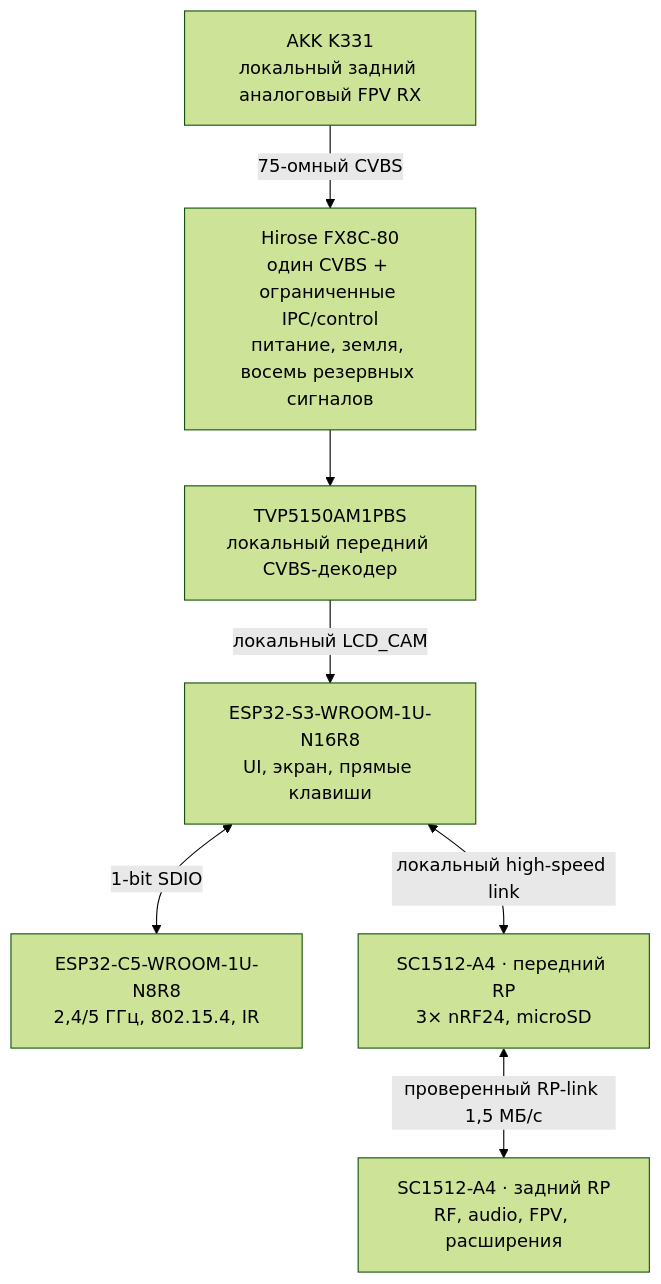
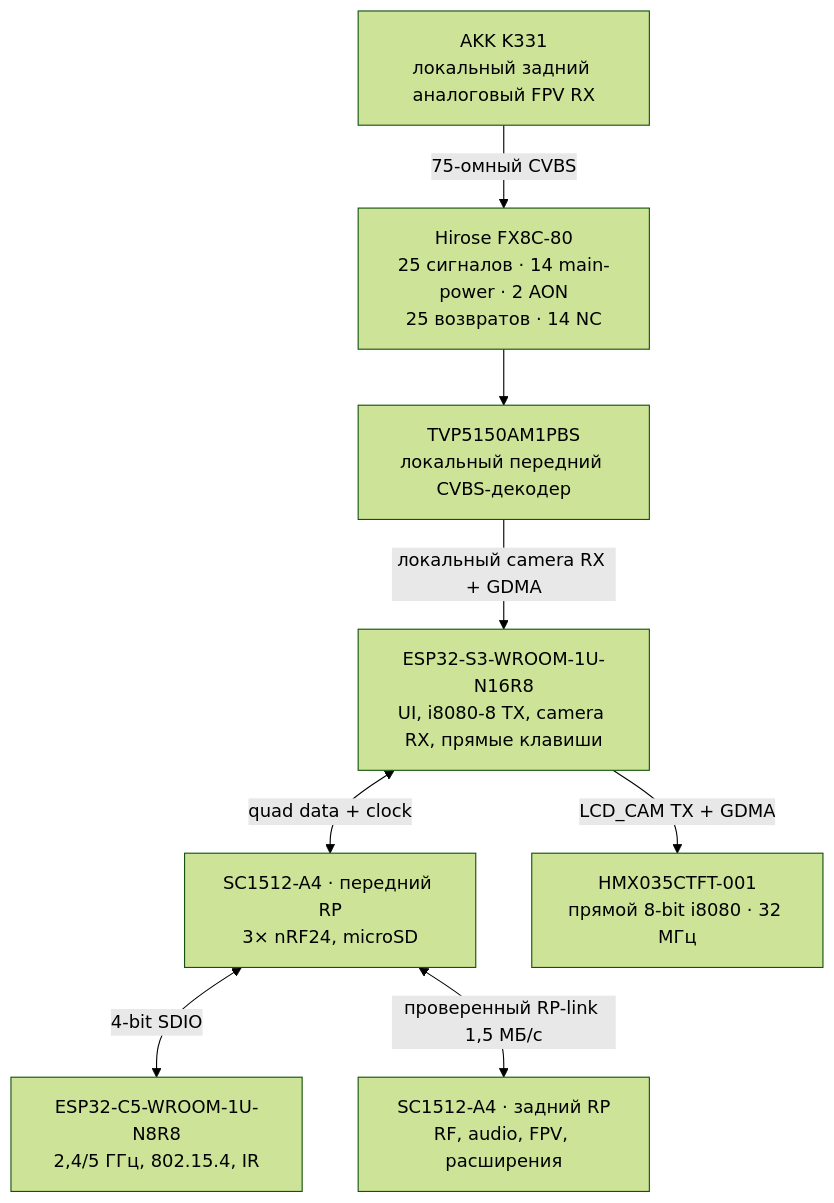
The diagram in docs/schematics.ru.md (anton-vinogradov/esp32-leshy2), drawn with Mermaid (forest theme) before and after one commit. The commit also changed other lines of this file and 43 other files, not shown here.

````diff
--- a/docs/schematics.ru.md
+++ b/docs/schematics.ru.md
@@ -24,17 +24,19 @@
 ```mermaid
 flowchart TD
-  S3["ESP32-S3-WROOM-1U-N16R8<br/>UI, экран, прямые клавиши"]
+  S3["ESP32-S3-WROOM-1U-N16R8<br/>UI, i8080-8 TX, camera RX, прямые клавиши"]
   C5["ESP32-C5-WROOM-1U-N8R8<br/>2,4/5 ГГц, 802.15.4, IR"]
   FRP["SC1512-A4 · передний RP<br/>3× nRF24, microSD"]
   RRP["SC1512-A4 · задний RP<br/>RF, audio, FPV, расширения"]
   TVP["TVP5150AM1PBS<br/>локальный передний CVBS-декодер"]
   K331["AKK K331<br/>локальный задний аналоговый FPV RX"]
-  M1["Hirose FX8C-80<br/>один CVBS + ограниченные IPC/control<br/>питание, земля, восемь резервных сигналов"]
+  LCD["HMX035CTFT-001<br/>прямой 8-bit i8080 · 32 МГц"]
+  M1["Hirose FX8C-80<br/>25 сигналов · 14 main-power · 2 AON<br/>25 возвратов · 14 NC"]
 
-  S3 <-->|"1-bit SDIO"| C5
-  S3 <-->|"локальный high-speed link"| FRP
+  S3 -->|"LCD_CAM TX + GDMA"| LCD
+  S3 <-->|"quad data + clock"| FRP
+  FRP <-->|"4-bit SDIO"| C5
   FRP <-->|"проверенный RP-link 1,5 МБ/с"| RRP
   K331 -->|"75-омный CVBS"| M1
   M1 --> TVP
-  TVP -->|"локальный LCD_CAM"| S3
+  TVP -->|"локальный camera RX + GDMA"| S3
 ```
````
